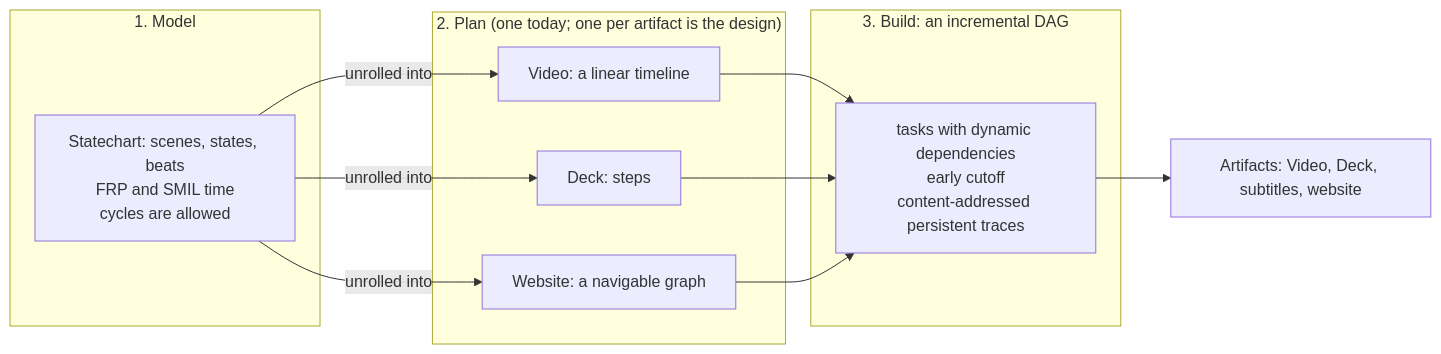
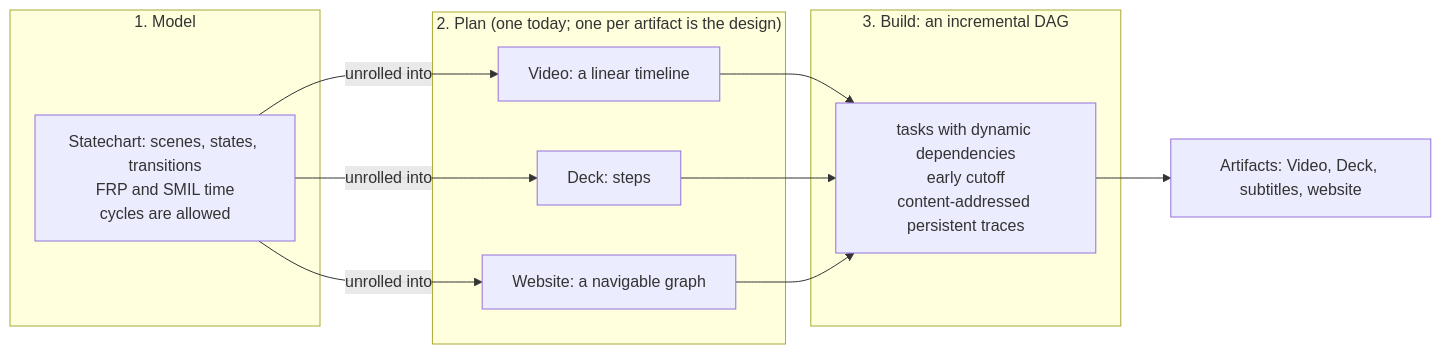
One commit to reebeat/reebeat changed the diagram in docs/design/how-it-works.md. Above: the diagram before and after it, drawn with Mermaid. The commit also changed other lines of this file and 1 other file, not shown here.

Commit message:
docs: follow main (spec 0012 merged), no Beat in the model diagram (spec 0011)

````diff
--- a/docs/design/how-it-works.md
+++ b/docs/design/how-it-works.md
@@ -23,21 +23,21 @@
 ```mermaid
 flowchart LR
   subgraph L1["1. Model"]
-    M["Statechart: scenes, states, beats<br/>FRP and SMIL time<br/>cycles are allowed"]
+    M["Statechart: scenes, states, transitions<br/>FRP and SMIL time<br/>cycles are allowed"]
   end
   subgraph L2["2. Plan (one today; one per artifact is the design)"]
     P1["Video: a linear timeline"]
     P2["Deck: steps"]
     P3["Website: a navigable graph"]
   end
   subgraph L3["3. Build: an incremental DAG"]
     B["tasks with dynamic dependencies<br/>early cutoff<br/>content-addressed persistent traces"]
   end
   M -->|unrolled into| P1
   M -->|unrolled into| P2
   M -->|unrolled into| P3
   P1 --> B
   P2 --> B
   P3 --> B
   B --> O["Artifacts: Video, Deck, subtitles, website"]
 ```
````
